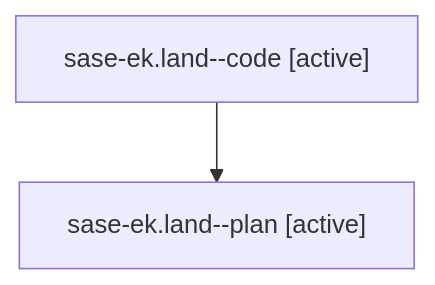
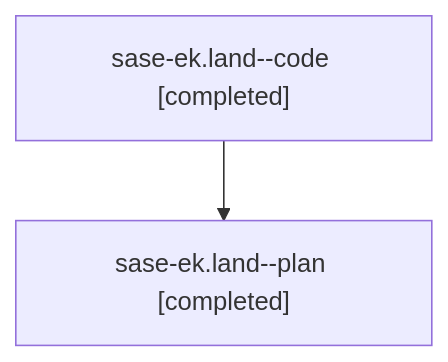
One commit to sase-org/sase--agents changed the diagram in families/bbugyi200.athena.sase-ek.land.md. Above: the diagram before and after it, drawn with Mermaid. The commit also changed other lines of this file and 16 other files, not shown here.

````diff
--- a/families/bbugyi200.athena.sase-ek.land.md
+++ b/families/bbugyi200.athena.sase-ek.land.md
@@ -9,6 +9,6 @@
 ```mermaid
 flowchart TD
-  n0["sase-ek.land--code [active]"]
-  n1["sase-ek.land--plan [active]"]
+  n0["sase-ek.land--code [completed]"]
+  n1["sase-ek.land--plan [completed]"]
   n0 --> n1
 ```
````
